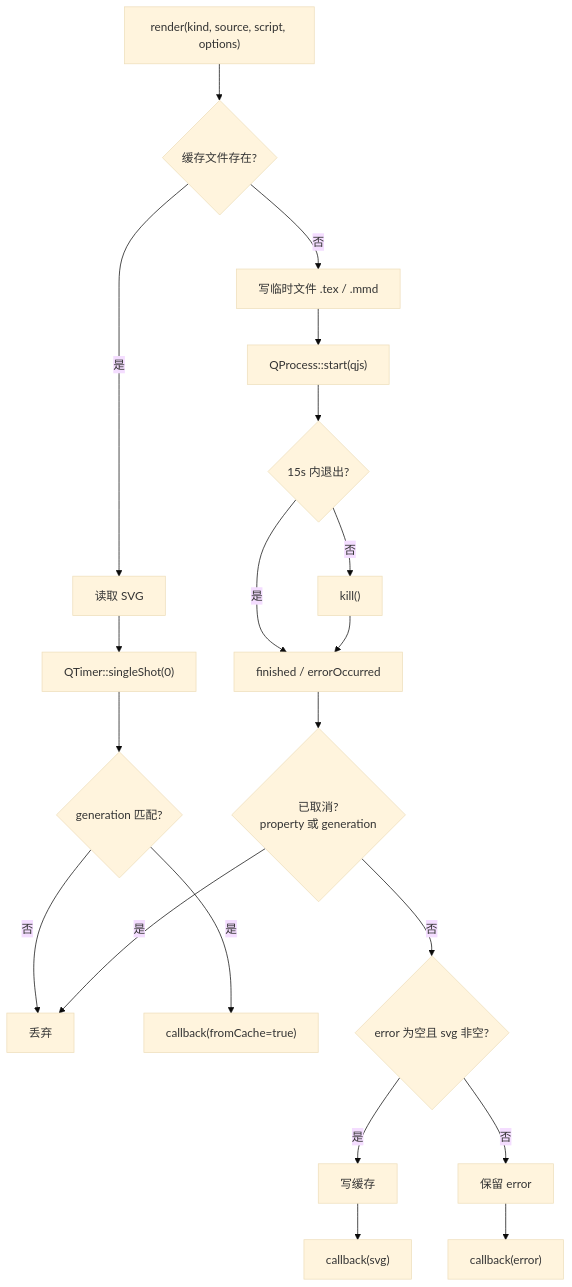
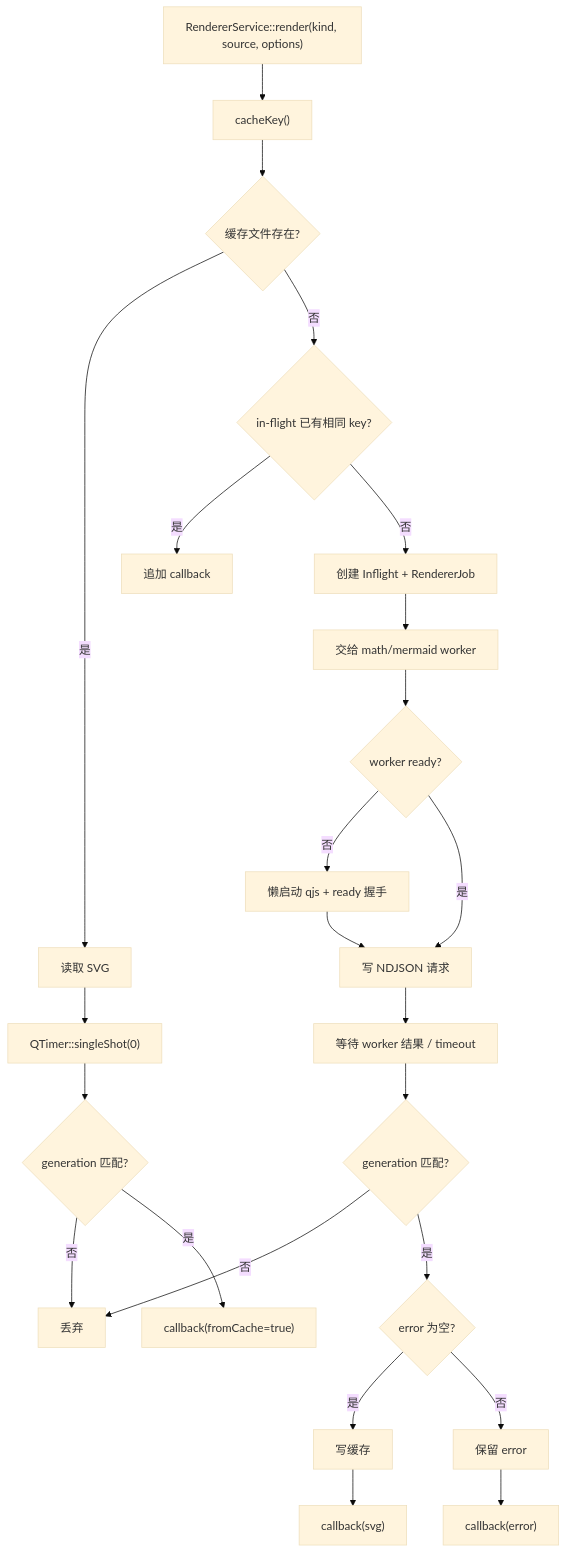
One commit to iLogIng/qt-rich-text-renderer changed the third of 6 diagrams in docs/FLOW.md. Above: the diagram before and after it, drawn with Mermaid (base theme). The commit also changed other lines of this file and 24 other files, not shown here.

Commit message:
perf: use two process to lazy start the qjs surpport for mermaid and mathjax service. Use the Render Service to optimize the needed

````diff
--- a/docs/FLOW.md
+++ b/docs/FLOW.md
@@ -98,25 +95,28 @@
 ```mermaid
 flowchart TD
-    A["render(kind, source, script, options)"] --> B{"缓存文件存在?"}
+    A["RendererService::render(kind, source, options)"] --> B["cacheKey()"]
+    B --> C{"缓存文件存在?"}
 
-    B -- 是 --> C["读取 SVG"]
-    C --> D["QTimer::singleShot(0)"]
-    D --> E{"generation 匹配?"}
-    E -- 否 --> X["丢弃"]
-    E -- 是 --> F["callback(fromCache=true)"]
+    C -- 是 --> D["读取 SVG"]
+    D --> E["QTimer::singleShot(0)"]
+    E --> F{"generation 匹配?"}
+    F -- 否 --> X["丢弃"]
+    F -- 是 --> G["callback(fromCache=true)"]
 
-    B -- 否 --> G["写临时文件 .tex / .mmd"]
-    G --> H["QProcess::start(qjs)"]
-    H --> I{"15s 内退出?"}
-    I -- 否 --> J["kill()"]
-    I -- 是 --> K["finished / errorOccurred"]
-    J --> K
-
-    K --> L{"已取消?<br/>property 或 generation"}
-    L -- 是 --> X
-    L -- 否 --> M{"error 为空且 svg 非空?"}
-    M -- 是 --> N["写缓存"]
-    M -- 否 --> O["保留 error"]
-    N --> P["callback(svg)"]
-    O --> Q["callback(error)"]
+    C -- 否 --> H{"in-flight 已有相同 key?"}
+    H -- 是 --> I["追加 callback"]
+    H -- 否 --> J["创建 Inflight + RendererJob"]
+    J --> K["交给 math/mermaid worker"]
+    K --> L{"worker ready?"}
+    L -- 否 --> M["懒启动 qjs + ready 握手"]
+    L -- 是 --> N["写 NDJSON 请求"]
+    M --> N
+    N --> O["等待 worker 结果 / timeout"]
+    O --> P{"generation 匹配?"}
+    P -- 否 --> X
+    P -- 是 --> Q{"error 为空?"}
+    Q -- 是 --> R["写缓存"]
+    Q -- 否 --> S["保留 error"]
+    R --> T["callback(svg)"]
+    S --> U["callback(error)"]
 ```
````
